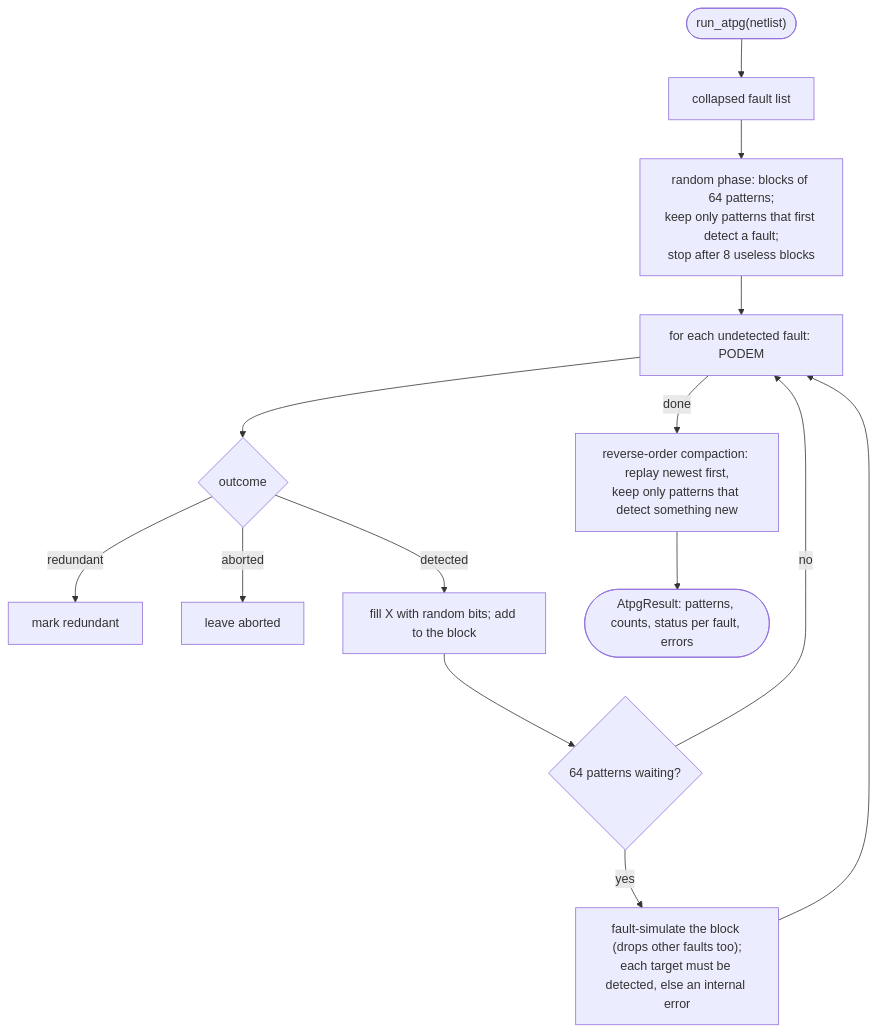
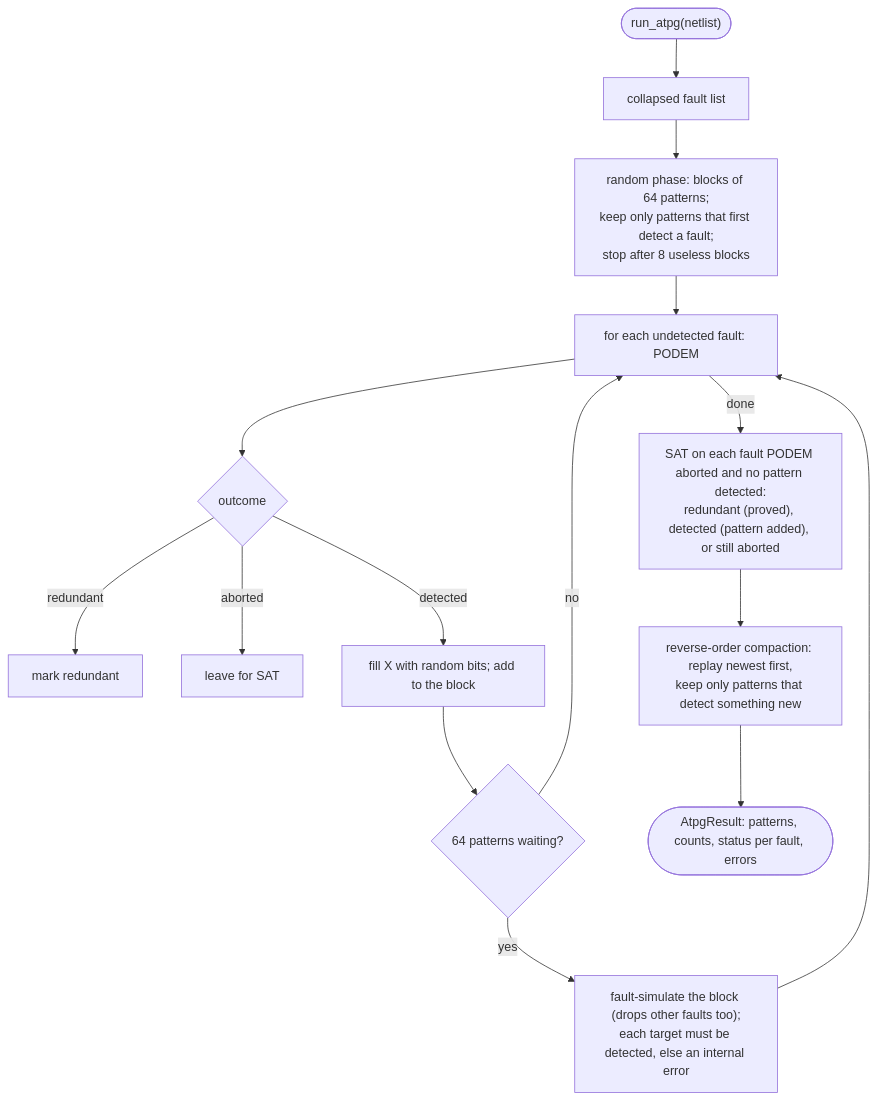
The fifth of 5 diagrams in docs/modules/atpg.md (rithlean/rithereal), drawn with Mermaid before and after one commit. The commit also changed other lines of this file and 11 other files, not shown here.

First line of the commit message:
Phase 4 step 3: SAT fallback for faults PODEM aborts

````diff
--- a/docs/modules/atpg.md
+++ b/docs/modules/atpg.md
@@ -154,16 +190,17 @@
 ```mermaid
 flowchart TD
   A(["run_atpg(netlist)"]) --> FL["collapsed fault list"]
   FL --> R["random phase: blocks of 64 patterns;<br/>keep only patterns that first detect a fault;<br/>stop after 8 useless blocks"]
   R --> P["for each undetected fault: PODEM"]
   P --> Q{"outcome"}
   Q -->|redundant| MR["mark redundant"]
-  Q -->|aborted| MA["leave aborted"]
+  Q -->|aborted| MA["leave for SAT"]
   Q -->|detected| X["fill X with random bits; add to the block"]
   X --> BL{"64 patterns waiting?"}
   BL -->|yes| SIM["fault-simulate the block (drops other faults too);<br/>each target must be detected, else an internal error"]
   BL -->|no| P
   SIM --> P
-  P -->|done| C["reverse-order compaction: replay newest first,<br/>keep only patterns that detect something new"]
+  P -->|done| ST["SAT on each fault PODEM aborted and no pattern detected:<br/>redundant (proved), detected (pattern added), or still aborted"]
+  ST --> C["reverse-order compaction: replay newest first,<br/>keep only patterns that detect something new"]
   C --> Z(["AtpgResult: patterns, counts, status per fault, errors"])
 ```
````
